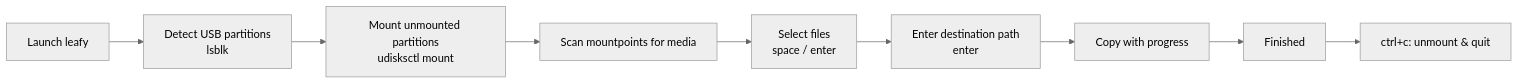
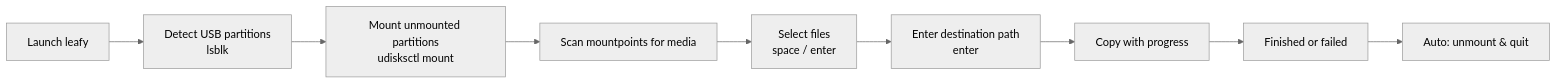
One commit to nightails/leafy changed the diagram in docs/README.md. Above: the diagram before and after it, drawn with Mermaid (neutral theme). The commit also changed other lines of this file and 8 other files, not shown here.

````diff
--- a/docs/README.md
+++ b/docs/README.md
@@ -43,11 +44,11 @@
 ```mermaid
 flowchart LR
     A[Launch leafy] --> B[Detect USB partitions<br/>lsblk]
     B --> C[Mount unmounted partitions<br/>udisksctl mount]
     C --> D[Scan mountpoints for media]
     D --> E[Select files<br/>space / enter]
     E --> F[Enter destination path<br/>enter]
     F --> G[Copy with progress]
-    G --> H[Finished]
-    H --> I[ctrl+c: unmount & quit]
+    G --> H[Finished or failed]
+    H --> I[Auto: unmount & quit]
 ```
````
